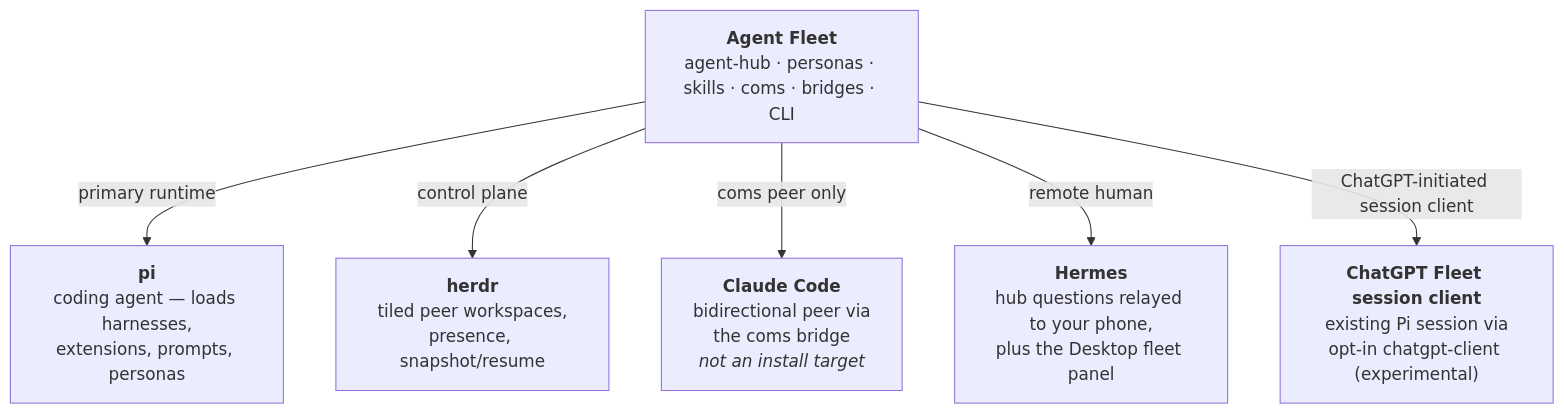
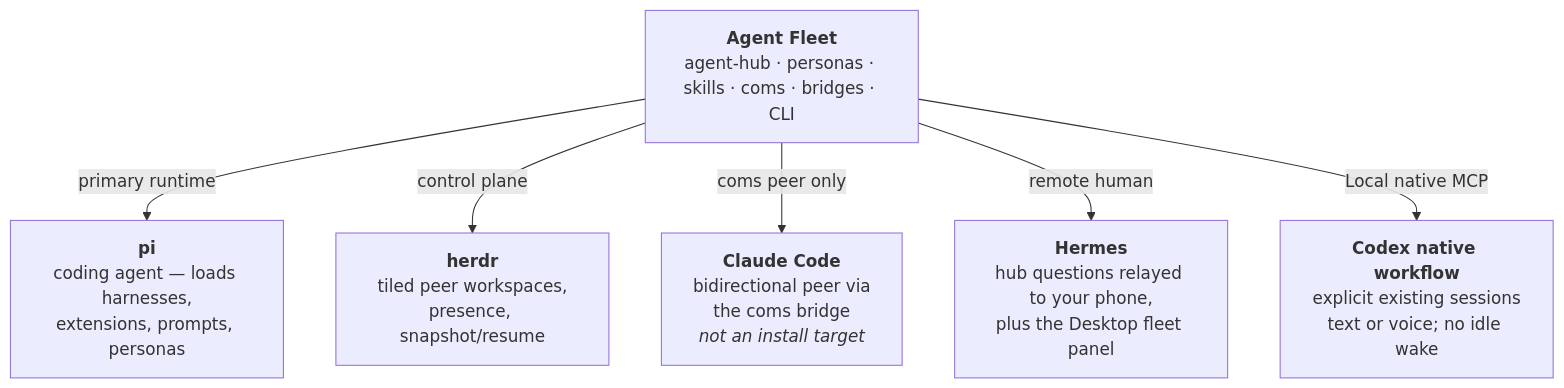
The second of 2 diagrams in docs/ARCHITECTURE.md (chankov/agent-fleet), drawn with Mermaid before and after one commit. The commit also changed other lines of this file and 60 other files, not shown here.

First line of the commit message:
Retire the Fleet Codex CLI in favor of native MCP

````diff
--- a/docs/ARCHITECTURE.md
+++ b/docs/ARCHITECTURE.md
@@ -585,9 +585,9 @@
 ```mermaid
 flowchart TD
     AF["<b>Agent Fleet</b><br/>agent-hub · personas · skills · coms · bridges · CLI"]
     AF -->|primary runtime| PI["<b>pi</b><br/>coding agent — loads harnesses,<br/>extensions, prompts, personas"]
     AF -->|control plane| HERDR["<b>herdr</b><br/>tiled peer workspaces,<br/>presence, snapshot/resume"]
     AF -->|coms peer only| CC["<b>Claude Code</b><br/>bidirectional peer via<br/>the coms bridge<br/><i>not an install target</i>"]
     AF -->|remote human| HERMES["<b>Hermes</b><br/>hub questions relayed to your phone,<br/>plus the Desktop fleet panel"]
-    AF -->|ChatGPT-initiated session client| CODEX["<b>ChatGPT Fleet session client</b><br/>existing Pi session via<br/>opt-in chatgpt-client (experimental)"]
+    AF -->|Local native MCP| CODEX["<b>Codex native workflow</b><br/>explicit existing sessions<br/>text or voice; no idle wake"]
 ```
````
